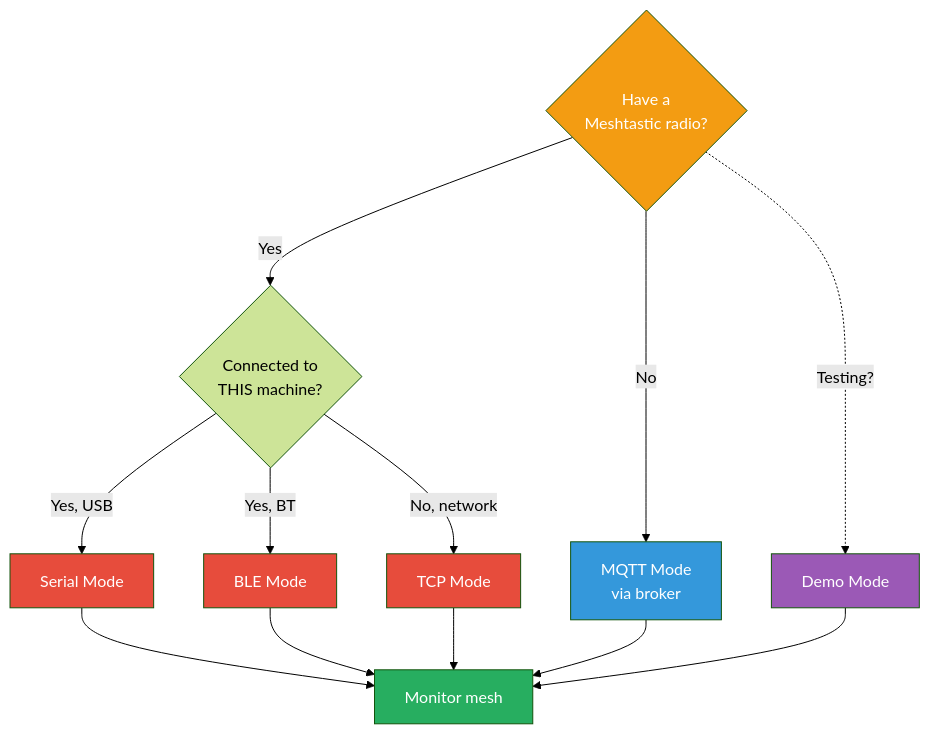
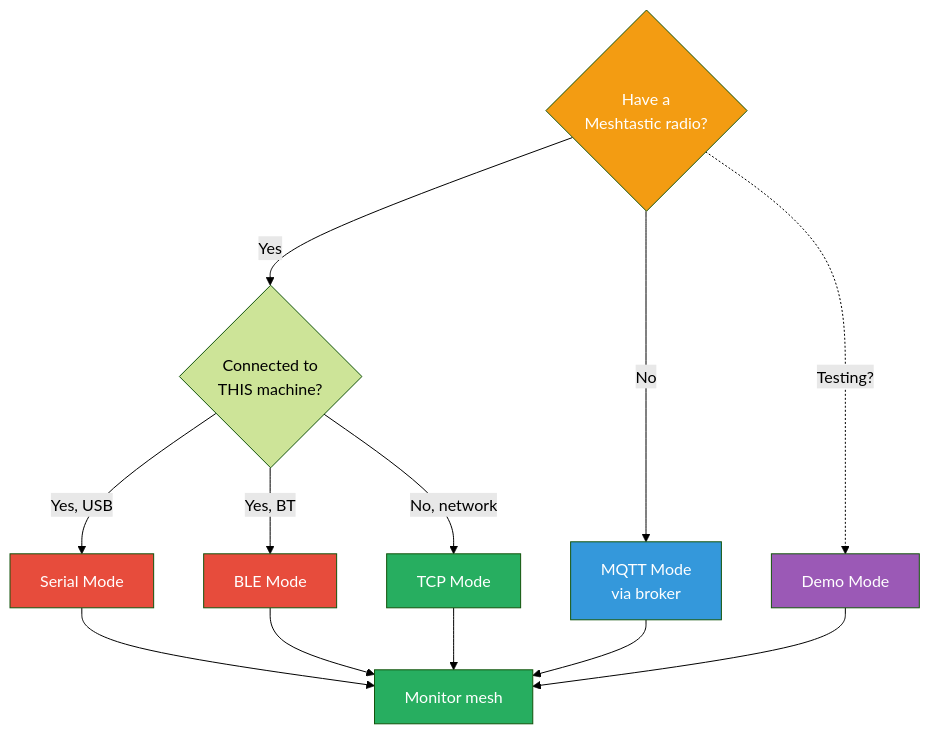
One commit to Nursedude/meshing_around_meshforge changed the fourth of 5 diagrams in README.md. Above: the diagram before and after it, drawn with Mermaid (forest theme). The commit also changed other lines of this file and 3 other files, not shown here.

````diff
--- a/README.md
+++ b/README.md
@@ -305,27 +305,27 @@
 ```mermaid
 flowchart TD
     START{Have a<br/>Meshtastic radio?}
 
     START -->|Yes| LOCAL{Connected to<br/>THIS machine?}
     START -->|No| MQTT[MQTT Mode<br/>via broker]
 
     LOCAL -->|Yes, USB| SERIAL[Serial Mode]
     LOCAL -->|Yes, BT| BLE[BLE Mode]
     LOCAL -->|No, network| TCP[TCP Mode]
 
     SERIAL --> READY[Monitor mesh]
     BLE --> READY
     TCP --> READY
     MQTT --> READY
 
     START -.->|Testing?| DEMO[Demo Mode]
     DEMO --> READY
 
     style START fill:#f39c12,color:#fff
     style READY fill:#27ae60,color:#fff
     style MQTT fill:#3498db,color:#fff
     style DEMO fill:#9b59b6,color:#fff
     style SERIAL fill:#e74c3c,color:#fff
     style BLE fill:#e74c3c,color:#fff
-    style TCP fill:#e74c3c,color:#fff
+    style TCP fill:#27ae60,color:#fff
 ```
````
